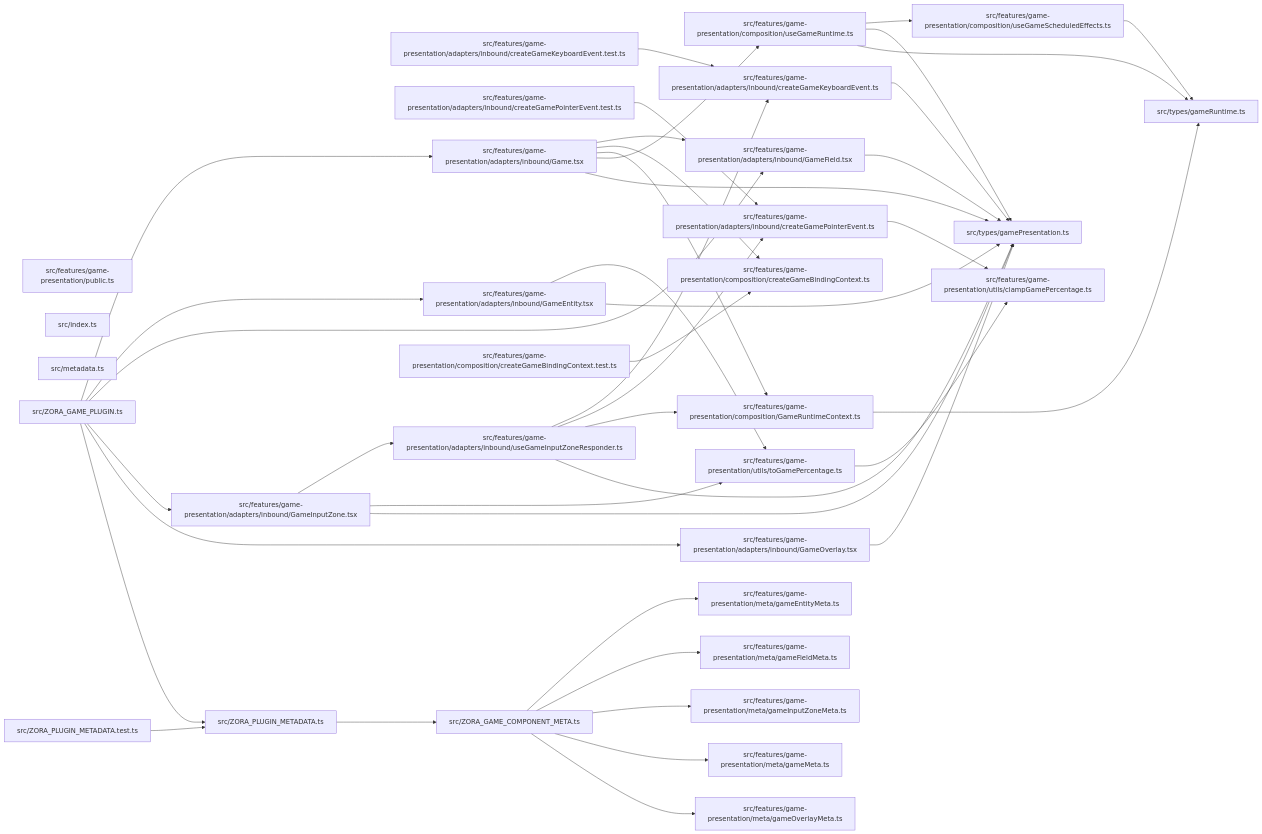
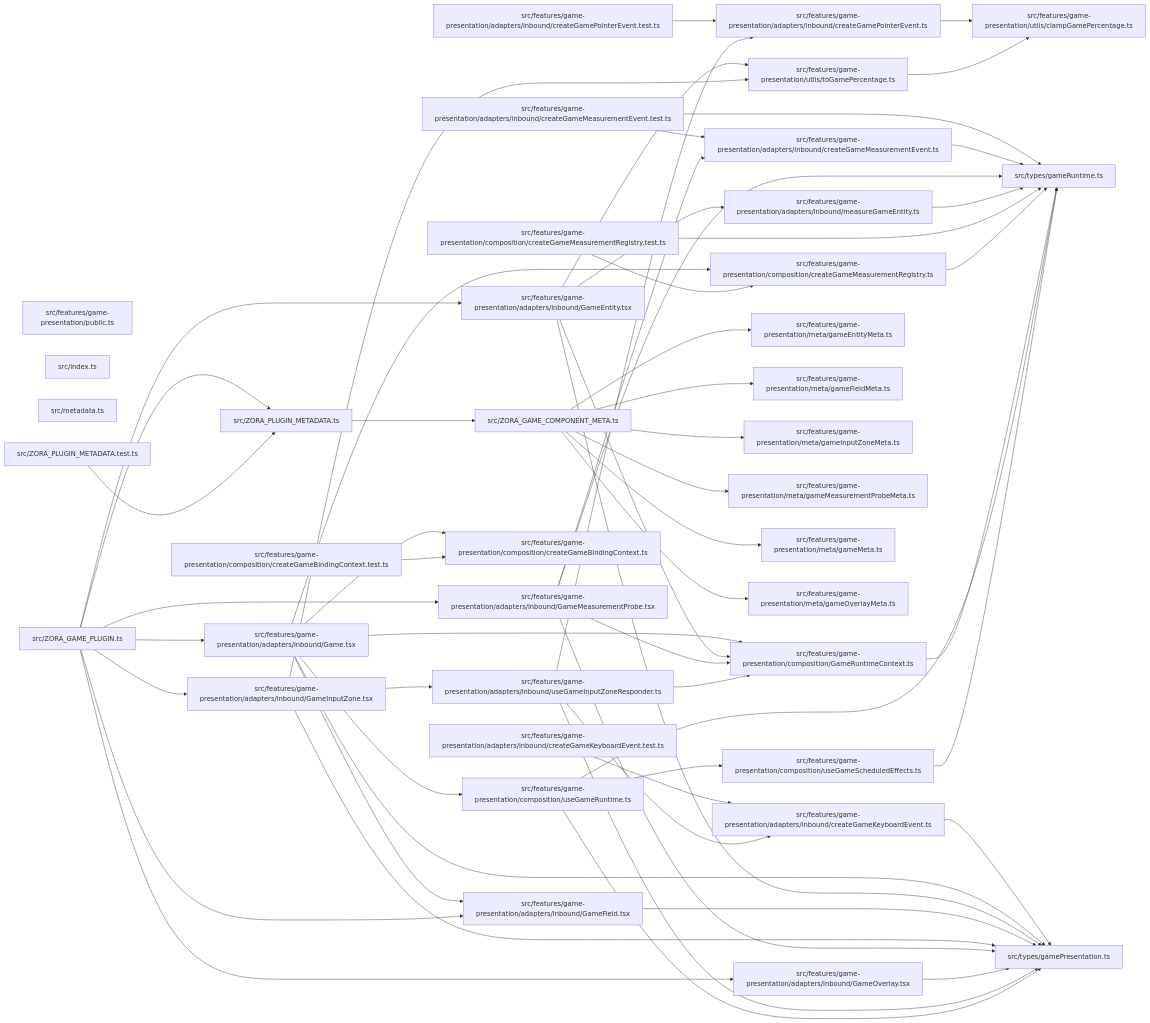
The diagram in paradox/diagrams/module-relationships.mmd (ankhorage/zora-game), drawn with Mermaid before and after one commit. The commit also changed 12 other files, not shown here.

```diff
--- a/paradox/diagrams/module-relationships.mmd
+++ b/paradox/diagrams/module-relationships.mmd
@@ -1,72 +1,95 @@
 graph LR
   module_src_features_game_presentation_adapters_inbound_createGameKeyboardEvent_test_ts["src/features/game-presentation/adapters/inbound/createGameKeyboardEvent.test.ts"]
   module_src_features_game_presentation_adapters_inbound_createGameKeyboardEvent_ts["src/features/game-presentation/adapters/inbound/createGameKeyboardEvent.ts"]
+  module_src_features_game_presentation_adapters_inbound_createGameMeasurementEvent_test_ts["src/features/game-presentation/adapters/inbound/createGameMeasurementEvent.test.ts"]
+  module_src_features_game_presentation_adapters_inbound_createGameMeasurementEvent_ts["src/features/game-presentation/adapters/inbound/createGameMeasurementEvent.ts"]
   module_src_features_game_presentation_adapters_inbound_createGamePointerEvent_test_ts["src/features/game-presentation/adapters/inbound/createGamePointerEvent.test.ts"]
   module_src_features_game_presentation_adapters_inbound_createGamePointerEvent_ts["src/features/game-presentation/adapters/inbound/createGamePointerEvent.ts"]
   module_src_features_game_presentation_adapters_inbound_Game_tsx["src/features/game-presentation/adapters/inbound/Game.tsx"]
   module_src_features_game_presentation_adapters_inbound_GameEntity_tsx["src/features/game-presentation/adapters/inbound/GameEntity.tsx"]
   module_src_features_game_presentation_adapters_inbound_GameField_tsx["src/features/game-presentation/adapters/inbound/GameField.tsx"]
   module_src_features_game_presentation_adapters_inbound_GameInputZone_tsx["src/features/game-presentation/adapters/inbound/GameInputZone.tsx"]
+  module_src_features_game_presentation_adapters_inbound_GameMeasurementProbe_tsx["src/features/game-presentation/adapters/inbound/GameMeasurementProbe.tsx"]
   module_src_features_game_presentation_adapters_inbound_GameOverlay_tsx["src/features/game-presentation/adapters/inbound/GameOverlay.tsx"]
+  module_src_features_game_presentation_adapters_inbound_measureGameEntity_ts["src/features/game-presentation/adapters/inbound/measureGameEntity.ts"]
   module_src_features_game_presentation_adapters_inbound_useGameInputZoneResponder_ts["src/features/game-presentation/adapters/inbound/useGameInputZoneResponder.ts"]
   module_src_features_game_presentation_composition_createGameBindingContext_test_ts["src/features/game-presentation/composition/createGameBindingContext.test.ts"]
   module_src_features_game_presentation_composition_createGameBindingContext_ts["src/features/game-presentation/composition/createGameBindingContext.ts"]
+  module_src_features_game_presentation_composition_createGameMeasurementRegistry_test_ts["src/features/game-presentation/composition/createGameMeasurementRegistry.test.ts"]
+  module_src_features_game_presentation_composition_createGameMeasurementRegistry_ts["src/features/game-presentation/composition/createGameMeasurementRegistry.ts"]
   module_src_features_game_presentation_composition_GameRuntimeContext_ts["src/features/game-presentation/composition/GameRuntimeContext.ts"]
   module_src_features_game_presentation_composition_useGameRuntime_ts["src/features/game-presentation/composition/useGameRuntime.ts"]
   module_src_features_game_presentation_composition_useGameScheduledEffects_ts["src/features/game-presentation/composition/useGameScheduledEffects.ts"]
   module_src_features_game_presentation_meta_gameEntityMeta_ts["src/features/game-presentation/meta/gameEntityMeta.ts"]
   module_src_features_game_presentation_meta_gameFieldMeta_ts["src/features/game-presentation/meta/gameFieldMeta.ts"]
   module_src_features_game_presentation_meta_gameInputZoneMeta_ts["src/features/game-presentation/meta/gameInputZoneMeta.ts"]
+  module_src_features_game_presentation_meta_gameMeasurementProbeMeta_ts["src/features/game-presentation/meta/gameMeasurementProbeMeta.ts"]
   module_src_features_game_presentation_meta_gameMeta_ts["src/features/game-presentation/meta/gameMeta.ts"]
   module_src_features_game_presentation_meta_gameOverlayMeta_ts["src/features/game-presentation/meta/gameOverlayMeta.ts"]
   module_src_features_game_presentation_public_ts["src/features/game-presentation/public.ts"]
   module_src_features_game_presentation_utils_clampGamePercentage_ts["src/features/game-presentation/utils/clampGamePercentage.ts"]
   module_src_features_game_presentation_utils_toGamePercentage_ts["src/features/game-presentation/utils/toGamePercentage.ts"]
   module_src_index_ts["src/index.ts"]
   module_src_metadata_ts["src/metadata.ts"]
   module_src_types_gamePresentation_ts["src/types/gamePresentation.ts"]
   module_src_types_gameRuntime_ts["src/types/gameRuntime.ts"]
   module_src_ZORA_GAME_COMPONENT_META_ts["src/ZORA_GAME_COMPONENT_META.ts"]
   module_src_ZORA_GAME_PLUGIN_ts["src/ZORA_GAME_PLUGIN.ts"]
   module_src_ZORA_PLUGIN_METADATA_test_ts["src/ZORA_PLUGIN_METADATA.test.ts"]
   module_src_ZORA_PLUGIN_METADATA_ts["src/ZORA_PLUGIN_METADATA.ts"]
   module_src_features_game_presentation_adapters_inbound_createGameKeyboardEvent_test_ts --> module_src_features_game_presentation_adapters_inbound_createGameKeyboardEvent_ts
   module_src_features_game_presentation_adapters_inbound_createGameKeyboardEvent_ts --> module_src_types_gamePresentation_ts
+  module_src_features_game_presentation_adapters_inbound_createGameMeasurementEvent_test_ts --> module_src_features_game_presentation_adapters_inbound_createGameMeasurementEvent_ts
+  module_src_features_game_presentation_adapters_inbound_createGameMeasurementEvent_test_ts --> module_src_types_gameRuntime_ts
+  module_src_features_game_presentation_adapters_inbound_createGameMeasurementEvent_ts --> module_src_types_gameRuntime_ts
   module_src_features_game_presentation_adapters_inbound_createGamePointerEvent_test_ts --> module_src_features_game_presentation_adapters_inbound_createGamePointerEvent_ts
   module_src_features_game_presentation_adapters_inbound_createGamePointerEvent_ts --> module_src_features_game_presentation_utils_clampGamePercentage_ts
   module_src_features_game_presentation_adapters_inbound_Game_tsx --> module_src_features_game_presentation_adapters_inbound_GameField_tsx
   module_src_features_game_presentation_adapters_inbound_Game_tsx --> module_src_features_game_presentation_composition_createGameBindingContext_ts
+  module_src_features_game_presentation_adapters_inbound_Game_tsx --> module_src_features_game_presentation_composition_createGameMeasurementRegistry_ts
   module_src_features_game_presentation_adapters_inbound_Game_tsx --> module_src_features_game_presentation_composition_GameRuntimeContext_ts
   module_src_features_game_presentation_adapters_inbound_Game_tsx --> module_src_features_game_presentation_composition_useGameRuntime_ts
   module_src_features_game_presentation_adapters_inbound_Game_tsx --> module_src_types_gamePresentation_ts
+  module_src_features_game_presentation_adapters_inbound_GameEntity_tsx --> module_src_features_game_presentation_adapters_inbound_measureGameEntity_ts
+  module_src_features_game_presentation_adapters_inbound_GameEntity_tsx --> module_src_features_game_presentation_composition_GameRuntimeContext_ts
   module_src_features_game_presentation_adapters_inbound_GameEntity_tsx --> module_src_features_game_presentation_utils_toGamePercentage_ts
   module_src_features_game_presentation_adapters_inbound_GameEntity_tsx --> module_src_types_gamePresentation_ts
   module_src_features_game_presentation_adapters_inbound_GameField_tsx --> module_src_types_gamePresentation_ts
   module_src_features_game_presentation_adapters_inbound_GameInputZone_tsx --> module_src_features_game_presentation_adapters_inbound_useGameInputZoneResponder_ts
   module_src_features_game_presentation_adapters_inbound_GameInputZone_tsx --> module_src_features_game_presentation_utils_toGamePercentage_ts
   module_src_features_game_presentation_adapters_inbound_GameInputZone_tsx --> module_src_types_gamePresentation_ts
+  module_src_features_game_presentation_adapters_inbound_GameMeasurementProbe_tsx --> module_src_features_game_presentation_adapters_inbound_createGameMeasurementEvent_ts
+  module_src_features_game_presentation_adapters_inbound_GameMeasurementProbe_tsx --> module_src_features_game_presentation_composition_GameRuntimeContext_ts
+  module_src_features_game_presentation_adapters_inbound_GameMeasurementProbe_tsx --> module_src_types_gamePresentation_ts
+  module_src_features_game_presentation_adapters_inbound_GameMeasurementProbe_tsx --> module_src_types_gameRuntime_ts
   module_src_features_game_presentation_adapters_inbound_GameOverlay_tsx --> module_src_types_gamePresentation_ts
+  module_src_features_game_presentation_adapters_inbound_measureGameEntity_ts --> module_src_types_gameRuntime_ts
   module_src_features_game_presentation_adapters_inbound_useGameInputZoneResponder_ts --> module_src_features_game_presentation_adapters_inbound_createGameKeyboardEvent_ts
   module_src_features_game_presentation_adapters_inbound_useGameInputZoneResponder_ts --> module_src_features_game_presentation_adapters_inbound_createGamePointerEvent_ts
   module_src_features_game_presentation_adapters_inbound_useGameInputZoneResponder_ts --> module_src_features_game_presentation_composition_GameRuntimeContext_ts
   module_src_features_game_presentation_adapters_inbound_useGameInputZoneResponder_ts --> module_src_types_gamePresentation_ts
   module_src_features_game_presentation_composition_createGameBindingContext_test_ts --> module_src_features_game_presentation_composition_createGameBindingContext_ts
+  module_src_features_game_presentation_composition_createGameMeasurementRegistry_test_ts --> module_src_features_game_presentation_composition_createGameMeasurementRegistry_ts
+  module_src_features_game_presentation_composition_createGameMeasurementRegistry_test_ts --> module_src_types_gameRuntime_ts
+  module_src_features_game_presentation_composition_createGameMeasurementRegistry_ts --> module_src_types_gameRuntime_ts
   module_src_features_game_presentation_composition_GameRuntimeContext_ts --> module_src_types_gameRuntime_ts
   module_src_features_game_presentation_composition_useGameRuntime_ts --> module_src_features_game_presentation_composition_useGameScheduledEffects_ts
   module_src_features_game_presentation_composition_useGameRuntime_ts --> module_src_types_gamePresentation_ts
   module_src_features_game_presentation_composition_useGameRuntime_ts --> module_src_types_gameRuntime_ts
   module_src_features_game_presentation_composition_useGameScheduledEffects_ts --> module_src_types_gameRuntime_ts
   module_src_features_game_presentation_utils_toGamePercentage_ts --> module_src_features_game_presentation_utils_clampGamePercentage_ts
   module_src_ZORA_GAME_COMPONENT_META_ts --> module_src_features_game_presentation_meta_gameEntityMeta_ts
   module_src_ZORA_GAME_COMPONENT_META_ts --> module_src_features_game_presentation_meta_gameFieldMeta_ts
   module_src_ZORA_GAME_COMPONENT_META_ts --> module_src_features_game_presentation_meta_gameInputZoneMeta_ts
+  module_src_ZORA_GAME_COMPONENT_META_ts --> module_src_features_game_presentation_meta_gameMeasurementProbeMeta_ts
   module_src_ZORA_GAME_COMPONENT_META_ts --> module_src_features_game_presentation_meta_gameMeta_ts
   module_src_ZORA_GAME_COMPONENT_META_ts --> module_src_features_game_presentation_meta_gameOverlayMeta_ts
   module_src_ZORA_GAME_PLUGIN_ts --> module_src_features_game_presentation_adapters_inbound_Game_tsx
   module_src_ZORA_GAME_PLUGIN_ts --> module_src_features_game_presentation_adapters_inbound_GameEntity_tsx
   module_src_ZORA_GAME_PLUGIN_ts --> module_src_features_game_presentation_adapters_inbound_GameField_tsx
   module_src_ZORA_GAME_PLUGIN_ts --> module_src_features_game_presentation_adapters_inbound_GameInputZone_tsx
+  module_src_ZORA_GAME_PLUGIN_ts --> module_src_features_game_presentation_adapters_inbound_GameMeasurementProbe_tsx
   module_src_ZORA_GAME_PLUGIN_ts --> module_src_features_game_presentation_adapters_inbound_GameOverlay_tsx
   module_src_ZORA_GAME_PLUGIN_ts --> module_src_ZORA_PLUGIN_METADATA_ts
   module_src_ZORA_PLUGIN_METADATA_test_ts --> module_src_ZORA_PLUGIN_METADATA_ts
   module_src_ZORA_PLUGIN_METADATA_ts --> module_src_ZORA_GAME_COMPONENT_META_ts
```
